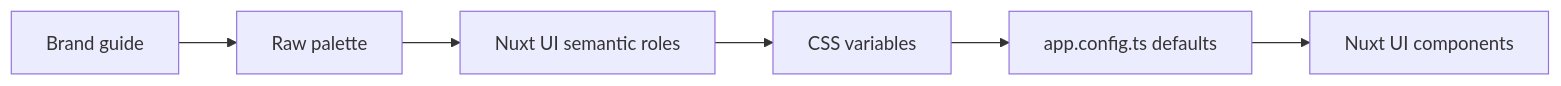
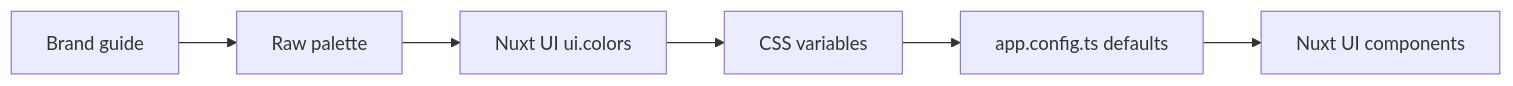
One commit to happydesigns/id changed the diagram in docs/content/2.concepts/1.identity-model.md. Above: the diagram before and after it, drawn with Mermaid. The commit also changed other lines of this file and 22 other files, not shown here.

````diff
--- a/docs/content/2.concepts/1.identity-model.md
+++ b/docs/content/2.concepts/1.identity-model.md
@@ -19,8 +19,8 @@
 ```mermaid
 flowchart LR
   Guide["Brand guide"] --> Palette["Raw palette"]
-  Palette --> Roles["Nuxt UI semantic roles"]
+  Palette --> Roles["Nuxt UI ui.colors"]
   Roles --> Variables["CSS variables"]
   Variables --> Defaults["app.config.ts defaults"]
   Defaults --> Components["Nuxt UI components"]
 ```
````
